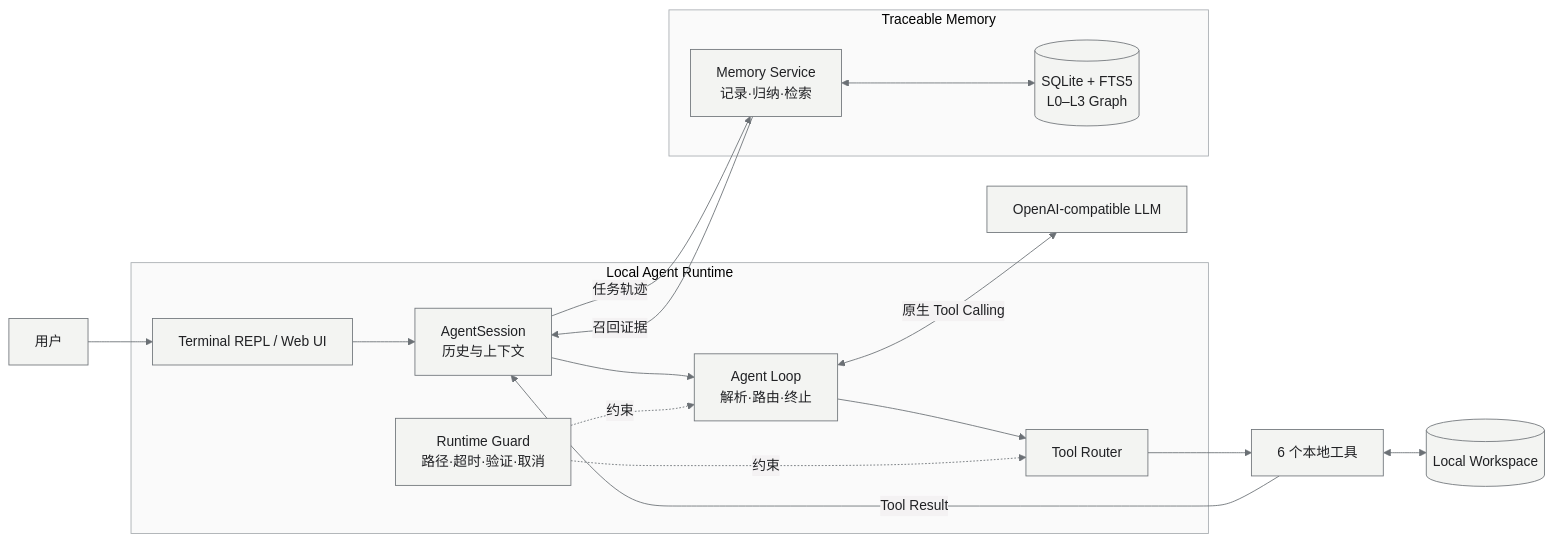
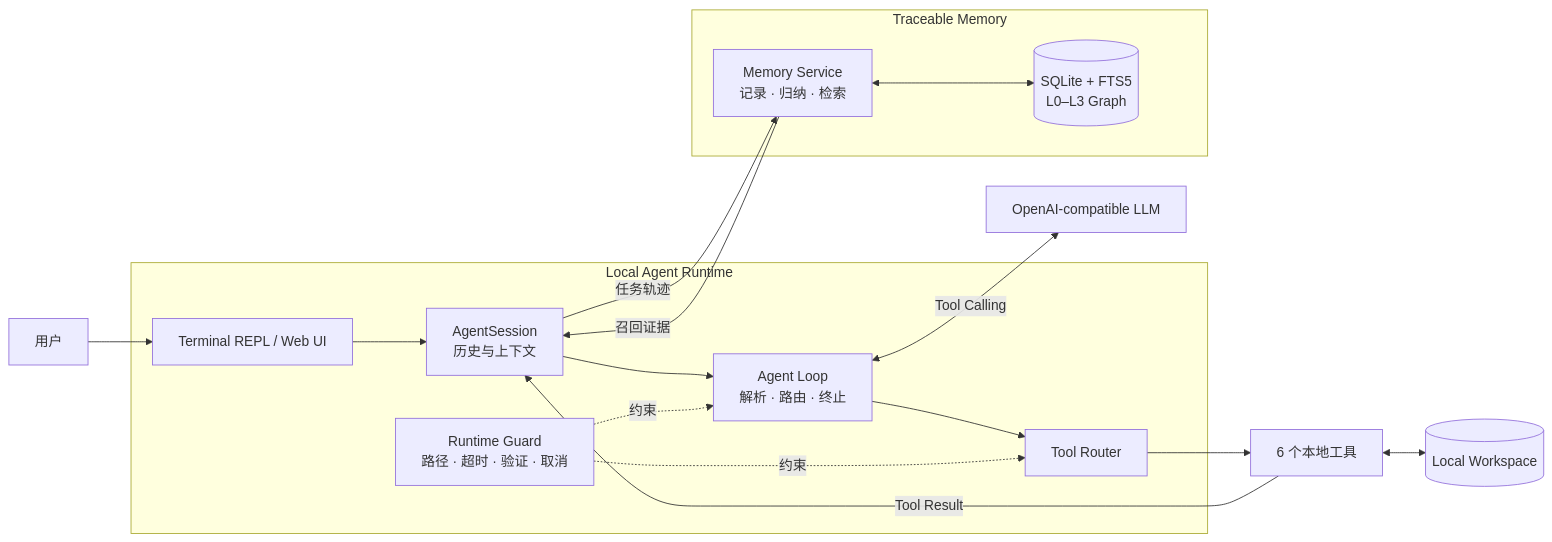
The first of 2 diagrams in README.md (mitbff/trace-coding-agent), drawn with Mermaid before and after one commit. The commit also changed other lines of this file and 1 other file, not shown here.

Commit message:
docs: clarify architecture and traceable memory

````diff
--- a/README.md
+++ b/README.md
@@ -12,29 +51,28 @@
 ```mermaid
-%%{init: {'theme':'base','themeVariables':{'primaryColor':'#f3f4f2','primaryTextColor':'#202124','primaryBorderColor':'#70757a','lineColor':'#6b7075','clusterBkg':'#fafafa','clusterBorder':'#a8adb1'}}}%%
 flowchart LR
   U[用户] --> UI[Terminal REPL / Web UI]
 
   subgraph CORE[Local Agent Runtime]
     S[AgentSession<br/>历史与上下文]
-    A[Agent Loop<br/>解析·路由·终止]
+    A[Agent Loop<br/>解析 · 路由 · 终止]
     R[Tool Router]
-    G[Runtime Guard<br/>路径·超时·验证·取消]
-    UI --> S --> A
-    A --> R
-    G -. 约束 .-> A
-    G -. 约束 .-> R
+    G[Runtime Guard<br/>路径 · 超时 · 验证 · 取消]
+    UI --> S --> A --> R
+    G -.约束.-> A
+    G -.约束.-> R
   end
 
-  A <-->|原生 Tool Calling| L[OpenAI-compatible LLM]
+  A <-->|Tool Calling| L[OpenAI-compatible LLM]
   R --> T[6 个本地工具]
   T <--> W[(Local Workspace)]
   T -->|Tool Result| S
 
   subgraph MEMORY[Traceable Memory]
-    M[Memory Service<br/>记录·归纳·检索]
+    M[Memory Service<br/>记录 · 归纳 · 检索]
     D[(SQLite + FTS5<br/>L0–L3 Graph)]
     M <--> D
   end
+
   S -->|任务轨迹| M
   M -->|召回证据| S
 ```
````
